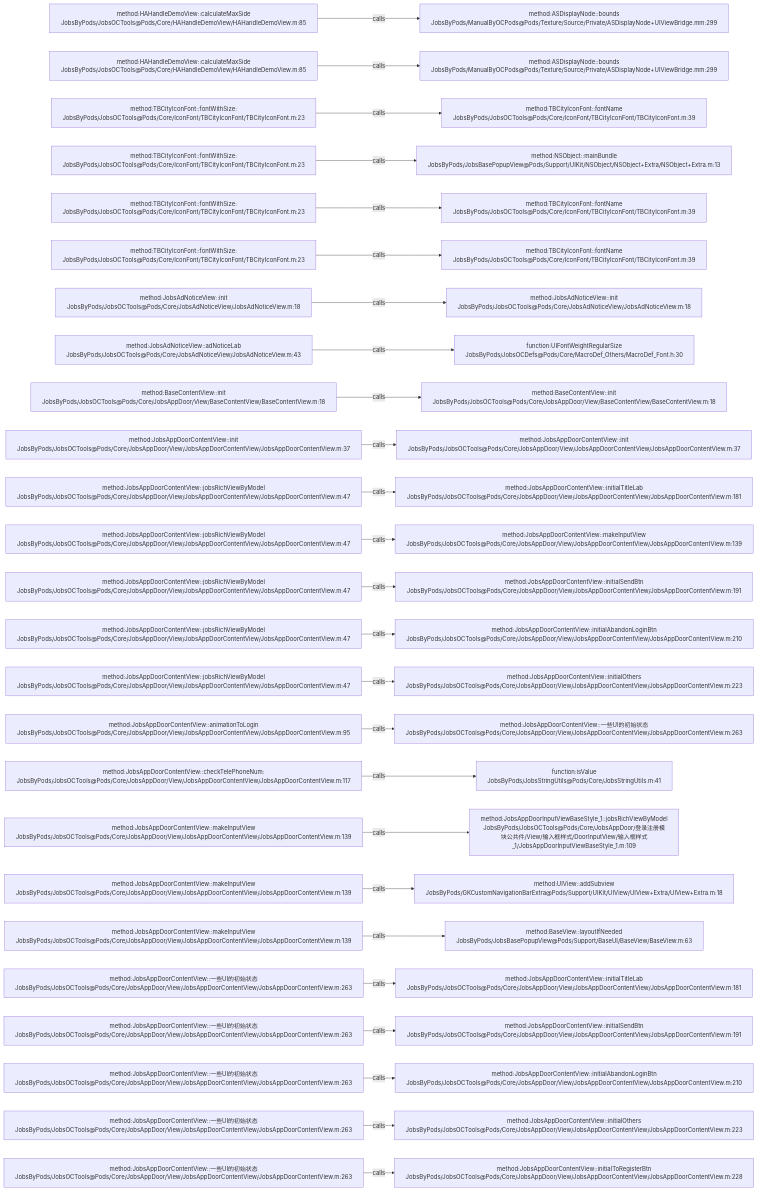
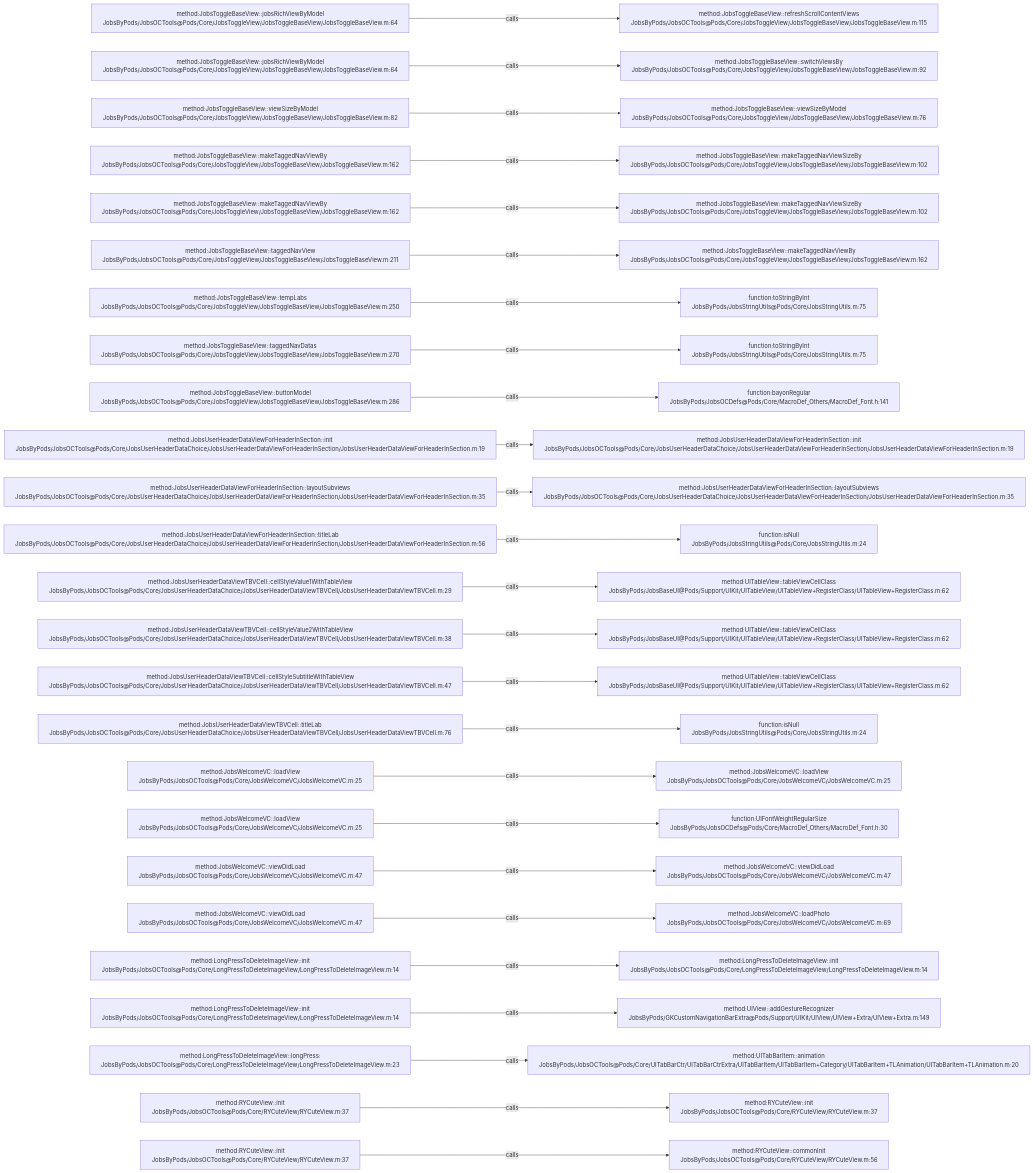
Before and after one commit to JobsKits/JobsOCBaseConfigDemo: the diagram in .codegraph/codegraph.md/graphs/calls-148.md, drawn with Mermaid. The commit also changed 639 other files, not shown here.

````diff
--- a/.codegraph/codegraph.md/graphs/calls-148.md
+++ b/.codegraph/codegraph.md/graphs/calls-148.md
@@ -13,78 +13,78 @@
 ```mermaid
 flowchart LR
-  S1["method:HAHandleDemoView::calculateMaxSide<br/>JobsByPods/JobsOCTools@Pods/Core/HAHandleDemoView/HAHandleDemoView.m:85"]
-  T1["method:ASDisplayNode::bounds<br/>JobsByPods/ManualByOCPods@Pods/Texture/Source/Private/ASDisplayNode+UIViewBridge.mm:299"]
+  S1["method:JobsToggleBaseView::jobsRichViewByModel<br/>JobsByPods/JobsOCTools@Pods/Core/JobsToggleView/JobsToggleBaseView/JobsToggleBaseView.m:64"]
+  T1["method:JobsToggleBaseView::refreshScrollContentViews<br/>JobsByPods/JobsOCTools@Pods/Core/JobsToggleView/JobsToggleBaseView/JobsToggleBaseView.m:115"]
   S1 -->|calls| T1
-  S2["method:HAHandleDemoView::calculateMaxSide<br/>JobsByPods/JobsOCTools@Pods/Core/HAHandleDemoView/HAHandleDemoView.m:85"]
-  T2["method:ASDisplayNode::bounds<br/>JobsByPods/ManualByOCPods@Pods/Texture/Source/Private/ASDisplayNode+UIViewBridge.mm:299"]
+  S2["method:JobsToggleBaseView::jobsRichViewByModel<br/>JobsByPods/JobsOCTools@Pods/Core/JobsToggleView/JobsToggleBaseView/JobsToggleBaseView.m:64"]
+  T2["method:JobsToggleBaseView::switchViewsBy<br/>JobsByPods/JobsOCTools@Pods/Core/JobsToggleView/JobsToggleBaseView/JobsToggleBaseView.m:92"]
   S2 -->|calls| T2
-  S3["method:TBCityIconFont::fontWithSize:<br/>JobsByPods/JobsOCTools@Pods/Core/IconFont/TBCityIconFont/TBCityIconFont.m:23"]
-  T3["method:TBCityIconFont::fontName<br/>JobsByPods/JobsOCTools@Pods/Core/IconFont/TBCityIconFont/TBCityIconFont.m:39"]
+  S3["method:JobsToggleBaseView::viewSizeByModel<br/>JobsByPods/JobsOCTools@Pods/Core/JobsToggleView/JobsToggleBaseView/JobsToggleBaseView.m:82"]
+  T3["method:JobsToggleBaseView::viewSizeByModel<br/>JobsByPods/JobsOCTools@Pods/Core/JobsToggleView/JobsToggleBaseView/JobsToggleBaseView.m:76"]
   S3 -->|calls| T3
-  S4["method:TBCityIconFont::fontWithSize:<br/>JobsByPods/JobsOCTools@Pods/Core/IconFont/TBCityIconFont/TBCityIconFont.m:23"]
-  T4["method:NSObject::mainBundle<br/>JobsByPods/JobsBasePopupView@Pods/Support/UIKit/NSObject/NSObject+Extra/NSObject+Extra.m:13"]
+  S4["method:JobsToggleBaseView::makeTaggedNavViewBy<br/>JobsByPods/JobsOCTools@Pods/Core/JobsToggleView/JobsToggleBaseView/JobsToggleBaseView.m:162"]
+  T4["method:JobsToggleBaseView::makeTaggedNavViewSizeBy<br/>JobsByPods/JobsOCTools@Pods/Core/JobsToggleView/JobsToggleBaseView/JobsToggleBaseView.m:102"]
   S4 -->|calls| T4
-  S5["method:TBCityIconFont::fontWithSize:<br/>JobsByPods/JobsOCTools@Pods/Core/IconFont/TBCityIconFont/TBCityIconFont.m:23"]
-  T5["method:TBCityIconFont::fontName<br/>JobsByPods/JobsOCTools@Pods/Core/IconFont/TBCityIconFont/TBCityIconFont.m:39"]
+  S5["method:JobsToggleBaseView::makeTaggedNavViewBy<br/>JobsByPods/JobsOCTools@Pods/Core/JobsToggleView/JobsToggleBaseView/JobsToggleBaseView.m:162"]
+  T5["method:JobsToggleBaseView::makeTaggedNavViewSizeBy<br/>JobsByPods/JobsOCTools@Pods/Core/JobsToggleView/JobsToggleBaseView/JobsToggleBaseView.m:102"]
   S5 -->|calls| T5
-  S6["method:TBCityIconFont::fontWithSize:<br/>JobsByPods/JobsOCTools@Pods/Core/IconFont/TBCityIconFont/TBCityIconFont.m:23"]
-  T6["method:TBCityIconFont::fontName<br/>JobsByPods/JobsOCTools@Pods/Core/IconFont/TBCityIconFont/TBCityIconFont.m:39"]
+  S6["method:JobsToggleBaseView::taggedNavView<br/>JobsByPods/JobsOCTools@Pods/Core/JobsToggleView/JobsToggleBaseView/JobsToggleBaseView.m:211"]
+  T6["method:JobsToggleBaseView::makeTaggedNavViewBy<br/>JobsByPods/JobsOCTools@Pods/Core/JobsToggleView/JobsToggleBaseView/JobsToggleBaseView.m:162"]
   S6 -->|calls| T6
-  S7["method:JobsAdNoticeView::init<br/>JobsByPods/JobsOCTools@Pods/Core/JobsAdNoticeView/JobsAdNoticeView.m:18"]
-  T7["method:JobsAdNoticeView::init<br/>JobsByPods/JobsOCTools@Pods/Core/JobsAdNoticeView/JobsAdNoticeView.m:18"]
+  S7["method:JobsToggleBaseView::tempLabs<br/>JobsByPods/JobsOCTools@Pods/Core/JobsToggleView/JobsToggleBaseView/JobsToggleBaseView.m:250"]
+  T7["function:toStringByInt<br/>JobsByPods/JobsStringUtils@Pods/Core/JobsStringUtils.m:75"]
   S7 -->|calls| T7
-  S8["method:JobsAdNoticeView::adNoticeLab<br/>JobsByPods/JobsOCTools@Pods/Core/JobsAdNoticeView/JobsAdNoticeView.m:43"]
-  T8["function:UIFontWeightRegularSize<br/>JobsByPods/JobsOCDefs@Pods/Core/MacroDef_Others/MacroDef_Font.h:30"]
+  S8["method:JobsToggleBaseView::taggedNavDatas<br/>JobsByPods/JobsOCTools@Pods/Core/JobsToggleView/JobsToggleBaseView/JobsToggleBaseView.m:270"]
+  T8["function:toStringByInt<br/>JobsByPods/JobsStringUtils@Pods/Core/JobsStringUtils.m:75"]
   S8 -->|calls| T8
-  S9["method:BaseContentView::init<br/>JobsByPods/JobsOCTools@Pods/Core/JobsAppDoor/View/BaseContentView/BaseContentView.m:18"]
-  T9["method:BaseContentView::init<br/>JobsByPods/JobsOCTools@Pods/Core/JobsAppDoor/View/BaseContentView/BaseContentView.m:18"]
+  S9["method:JobsToggleBaseView::buttonModel<br/>JobsByPods/JobsOCTools@Pods/Core/JobsToggleView/JobsToggleBaseView/JobsToggleBaseView.m:286"]
+  T9["function:bayonRegular<br/>JobsByPods/JobsOCDefs@Pods/Core/MacroDef_Others/MacroDef_Font.h:141"]
   S9 -->|calls| T9
-  S10["method:JobsAppDoorContentView::init<br/>JobsByPods/JobsOCTools@Pods/Core/JobsAppDoor/View/JobsAppDoorContentView/JobsAppDoorContentView.m:37"]
-  T10["method:JobsAppDoorContentView::init<br/>JobsByPods/JobsOCTools@Pods/Core/JobsAppDoor/View/JobsAppDoorContentView/JobsAppDoorContentView.m:37"]
+  S10["method:JobsUserHeaderDataViewForHeaderInSection::init<br/>JobsByPods/JobsOCTools@Pods/Core/JobsUserHeaderDataChoice/JobsUserHeaderDataViewForHeaderInSection/JobsUserHeaderDataViewForHeaderInSection.m:19"]
+  T10["method:JobsUserHeaderDataViewForHeaderInSection::init<br/>JobsByPods/JobsOCTools@Pods/Core/JobsUserHeaderDataChoice/JobsUserHeaderDataViewForHeaderInSection/JobsUserHeaderDataViewForHeaderInSection.m:19"]
   S10 -->|calls| T10
-  S11["method:JobsAppDoorContentView::jobsRichViewByModel<br/>JobsByPods/JobsOCTools@Pods/Core/JobsAppDoor/View/JobsAppDoorContentView/JobsAppDoorContentView.m:47"]
-  T11["method:JobsAppDoorContentView::initialTitleLab<br/>JobsByPods/JobsOCTools@Pods/Core/JobsAppDoor/View/JobsAppDoorContentView/JobsAppDoorContentView.m:181"]
+  S11["method:JobsUserHeaderDataViewForHeaderInSection::layoutSubviews<br/>JobsByPods/JobsOCTools@Pods/Core/JobsUserHeaderDataChoice/JobsUserHeaderDataViewForHeaderInSection/JobsUserHeaderDataViewForHeaderInSection.m:35"]
+  T11["method:JobsUserHeaderDataViewForHeaderInSection::layoutSubviews<br/>JobsByPods/JobsOCTools@Pods/Core/JobsUserHeaderDataChoice/JobsUserHeaderDataViewForHeaderInSection/JobsUserHeaderDataViewForHeaderInSection.m:35"]
   S11 -->|calls| T11
-  S12["method:JobsAppDoorContentView::jobsRichViewByModel<br/>JobsByPods/JobsOCTools@Pods/Core/JobsAppDoor/View/JobsAppDoorContentView/JobsAppDoorContentView.m:47"]
-  T12["method:JobsAppDoorContentView::makeInputView<br/>JobsByPods/JobsOCTools@Pods/Core/JobsAppDoor/View/JobsAppDoorContentView/JobsAppDoorContentView.m:139"]
+  S12["method:JobsUserHeaderDataViewForHeaderInSection::titleLab<br/>JobsByPods/JobsOCTools@Pods/Core/JobsUserHeaderDataChoice/JobsUserHeaderDataViewForHeaderInSection/JobsUserHeaderDataViewForHeaderInSection.m:56"]
+  T12["function:isNull<br/>JobsByPods/JobsStringUtils@Pods/Core/JobsStringUtils.m:24"]
   S12 -->|calls| T12
-  S13["method:JobsAppDoorContentView::jobsRichViewByModel<br/>JobsByPods/JobsOCTools@Pods/Core/JobsAppDoor/View/JobsAppDoorContentView/JobsAppDoorContentView.m:47"]
-  T13["method:JobsAppDoorContentView::initialSendBtn<br/>JobsByPods/JobsOCTools@Pods/Core/JobsAppDoor/View/JobsAppDoorContentView/JobsAppDoorContentView.m:191"]
+  S13["method:JobsUserHeaderDataViewTBVCell::cellStyleValue1WithTableView<br/>JobsByPods/JobsOCTools@Pods/Core/JobsUserHeaderDataChoice/JobsUserHeaderDataViewTBVCell/JobsUserHeaderDataViewTBVCell.m:29"]
+  T13["method:UITableView::tableViewCellClass<br/>JobsByPods/JobsBaseUI@Pods/Support/UIKit/UITableView/UITableView+RegisterClass/UITableView+RegisterClass.m:62"]
   S13 -->|calls| T13
-  S14["method:JobsAppDoorContentView::jobsRichViewByModel<br/>JobsByPods/JobsOCTools@Pods/Core/JobsAppDoor/View/JobsAppDoorContentView/JobsAppDoorContentView.m:47"]
-  T14["method:JobsAppDoorContentView::initialAbandonLoginBtn<br/>JobsByPods/JobsOCTools@Pods/Core/JobsAppDoor/View/JobsAppDoorContentView/JobsAppDoorContentView.m:210"]
+  S14["method:JobsUserHeaderDataViewTBVCell::cellStyleValue2WithTableView<br/>JobsByPods/JobsOCTools@Pods/Core/JobsUserHeaderDataChoice/JobsUserHeaderDataViewTBVCell/JobsUserHeaderDataViewTBVCell.m:38"]
+  T14["method:UITableView::tableViewCellClass<br/>JobsByPods/JobsBaseUI@Pods/Support/UIKit/UITableView/UITableView+RegisterClass/UITableView+RegisterClass.m:62"]
   S14 -->|calls| T14
-  S15["method:JobsAppDoorContentView::jobsRichViewByModel<br/>JobsByPods/JobsOCTools@Pods/Core/JobsAppDoor/View/JobsAppDoorContentView/JobsAppDoorContentView.m:47"]
-  T15["method:JobsAppDoorContentView::initialOthers<br/>JobsByPods/JobsOCTools@Pods/Core/JobsAppDoor/View/JobsAppDoorContentView/JobsAppDoorContentView.m:223"]
+  S15["method:JobsUserHeaderDataViewTBVCell::cellStyleSubtitleWithTableView<br/>JobsByPods/JobsOCTools@Pods/Core/JobsUserHeaderDataChoice/JobsUserHeaderDataViewTBVCell/JobsUserHeaderDataViewTBVCell.m:47"]
+  T15["method:UITableView::tableViewCellClass<br/>JobsByPods/JobsBaseUI@Pods/Support/UIKit/UITableView/UITableView+RegisterClass/UITableView+RegisterClass.m:62"]
   S15 -->|calls| T15
-  S16["method:JobsAppDoorContentView::animationToLogin<br/>JobsByPods/JobsOCTools@Pods/Core/JobsAppDoor/View/JobsAppDoorContentView/JobsAppDoorContentView.m:95"]
-  T16["method:JobsAppDoorContentView::一些UI的初始状态<br/>JobsByPods/JobsOCTools@Pods/Core/JobsAppDoor/View/JobsAppDoorContentView/JobsAppDoorContentView.m:263"]
+  S16["method:JobsUserHeaderDataViewTBVCell::titleLab<br/>JobsByPods/JobsOCTools@Pods/Core/JobsUserHeaderDataChoice/JobsUserHeaderDataViewTBVCell/JobsUserHeaderDataViewTBVCell.m:76"]
+  T16["function:isNull<br/>JobsByPods/JobsStringUtils@Pods/Core/JobsStringUtils.m:24"]
   S16 -->|calls| T16
-  S17["method:JobsAppDoorContentView::checkTelePhoneNum:<br/>JobsByPods/JobsOCTools@Pods/Core/JobsAppDoor/View/JobsAppDoorContentView/JobsAppDoorContentView.m:117"]
-  T17["function:isValue<br/>JobsByPods/JobsStringUtils@Pods/Core/JobsStringUtils.m:41"]
+  S17["method:JobsWelcomeVC::loadView<br/>JobsByPods/JobsOCTools@Pods/Core/JobsWelcomeVC/JobsWelcomeVC.m:25"]
+  T17["method:JobsWelcomeVC::loadView<br/>JobsByPods/JobsOCTools@Pods/Core/JobsWelcomeVC/JobsWelcomeVC.m:25"]
   S17 -->|calls| T17
-  S18["method:JobsAppDoorContentView::makeInputView<br/>JobsByPods/JobsOCTools@Pods/Core/JobsAppDoor/View/JobsAppDoorContentView/JobsAppDoorContentView.m:139"]
-  T18["method:JobsAppDoorInputViewBaseStyle_1::jobsRichViewByModel<br/>JobsByPods/JobsOCTools@Pods/Core/JobsAppDoor/登录注册模块公共件/View/输入框样式/DoorInputView/输入框样式_1/JobsAppDoorInputViewBaseStyle_1.m:109"]
+  S18["method:JobsWelcomeVC::loadView<br/>JobsByPods/JobsOCTools@Pods/Core/JobsWelcomeVC/JobsWelcomeVC.m:25"]
+  T18["function:UIFontWeightRegularSize<br/>JobsByPods/JobsOCDefs@Pods/Core/MacroDef_Others/MacroDef_Font.h:30"]
   S18 -->|calls| T18
-  S19["method:JobsAppDoorContentView::makeInputView<br/>JobsByPods/JobsOCTools@Pods/Core/JobsAppDoor/View/JobsAppDoorContentView/JobsAppDoorContentView.m:139"]
-  T19["method:UIView::addSubview<br/>JobsByPods/GKCustomNavigationBarExtra@Pods/Support/UIKit/UIView/UIView+Extra/UIView+Extra.m:18"]
+  S19["method:JobsWelcomeVC::viewDidLoad<br/>JobsByPods/JobsOCTools@Pods/Core/JobsWelcomeVC/JobsWelcomeVC.m:47"]
+  T19["method:JobsWelcomeVC::viewDidLoad<br/>JobsByPods/JobsOCTools@Pods/Core/JobsWelcomeVC/JobsWelcomeVC.m:47"]
   S19 -->|calls| T19
-  S20["method:JobsAppDoorContentView::makeInputView<br/>JobsByPods/JobsOCTools@Pods/Core/JobsAppDoor/View/JobsAppDoorContentView/JobsAppDoorContentView.m:139"]
-  T20["method:BaseView::layoutIfNeeded<br/>JobsByPods/JobsBasePopupView@Pods/Support/BaseUI/BaseView/BaseView.m:63"]
+  S20["method:JobsWelcomeVC::viewDidLoad<br/>JobsByPods/JobsOCTools@Pods/Core/JobsWelcomeVC/JobsWelcomeVC.m:47"]
+  T20["method:JobsWelcomeVC::loadPhoto<br/>JobsByPods/JobsOCTools@Pods/Core/JobsWelcomeVC/JobsWelcomeVC.m:69"]
   S20 -->|calls| T20
-  S21["method:JobsAppDoorContentView::一些UI的初始状态<br/>JobsByPods/JobsOCTools@Pods/Core/JobsAppDoor/View/JobsAppDoorContentView/JobsAppDoorContentView.m:263"]
-  T21["method:JobsAppDoorContentView::initialTitleLab<br/>JobsByPods/JobsOCTools@Pods/Core/JobsAppDoor/View/JobsAppDoorContentView/JobsAppDoorContentView.m:181"]
+  S21["method:LongPressToDeleteImageView::init<br/>JobsByPods/JobsOCTools@Pods/Core/LongPressToDeleteImageView/LongPressToDeleteImageView.m:14"]
+  T21["method:LongPressToDeleteImageView::init<br/>JobsByPods/JobsOCTools@Pods/Core/LongPressToDeleteImageView/LongPressToDeleteImageView.m:14"]
   S21 -->|calls| T21
-  S22["method:JobsAppDoorContentView::一些UI的初始状态<br/>JobsByPods/JobsOCTools@Pods/Core/JobsAppDoor/View/JobsAppDoorContentView/JobsAppDoorContentView.m:263"]
-  T22["method:JobsAppDoorContentView::initialSendBtn<br/>JobsByPods/JobsOCTools@Pods/Core/JobsAppDoor/View/JobsAppDoorContentView/JobsAppDoorContentView.m:191"]
+  S22["method:LongPressToDeleteImageView::init<br/>JobsByPods/JobsOCTools@Pods/Core/LongPressToDeleteImageView/LongPressToDeleteImageView.m:14"]
+  T22["method:UIView::addGestureRecognizer<br/>JobsByPods/GKCustomNavigationBarExtra@Pods/Support/UIKit/UIView/UIView+Extra/UIView+Extra.m:149"]
   S22 -->|calls| T22
-  S23["method:JobsAppDoorContentView::一些UI的初始状态<br/>JobsByPods/JobsOCTools@Pods/Core/JobsAppDoor/View/JobsAppDoorContentView/JobsAppDoorContentView.m:263"]
-  T23["method:JobsAppDoorContentView::initialAbandonLoginBtn<br/>JobsByPods/JobsOCTools@Pods/Core/JobsAppDoor/View/JobsAppDoorContentView/JobsAppDoorContentView.m:210"]
+  S23["method:LongPressToDeleteImageView::longPress:<br/>JobsByPods/JobsOCTools@Pods/Core/LongPressToDeleteImageView/LongPressToDeleteImageView.m:23"]
+  T23["method:UITabBarItem::animation<br/>JobsByPods/JobsOCTools@Pods/Core/UITabBarCtr/UITabBarCtrExtra/UITabBarItem/UITabBarItem+Category/UITabBarItem+TLAnimation/UITabBarItem+TLAnimation.m:20"]
   S23 -->|calls| T23
-  S24["method:JobsAppDoorContentView::一些UI的初始状态<br/>JobsByPods/JobsOCTools@Pods/Core/JobsAppDoor/View/JobsAppDoorContentView/JobsAppDoorContentView.m:263"]
-  T24["method:JobsAppDoorContentView::initialOthers<br/>JobsByPods/JobsOCTools@Pods/Core/JobsAppDoor/View/JobsAppDoorContentView/JobsAppDoorContentView.m:223"]
+  S24["method:RYCuteView::init<br/>JobsByPods/JobsOCTools@Pods/Core/RYCuteView/RYCuteView.m:37"]
+  T24["method:RYCuteView::init<br/>JobsByPods/JobsOCTools@Pods/Core/RYCuteView/RYCuteView.m:37"]
   S24 -->|calls| T24
-  S25["method:JobsAppDoorContentView::一些UI的初始状态<br/>JobsByPods/JobsOCTools@Pods/Core/JobsAppDoor/View/JobsAppDoorContentView/JobsAppDoorContentView.m:263"]
-  T25["method:JobsAppDoorContentView::initialToRegisterBtn<br/>JobsByPods/JobsOCTools@Pods/Core/JobsAppDoor/View/JobsAppDoorContentView/JobsAppDoorContentView.m:228"]
+  S25["method:RYCuteView::init<br/>JobsByPods/JobsOCTools@Pods/Core/RYCuteView/RYCuteView.m:37"]
+  T25["method:RYCuteView::commonInit<br/>JobsByPods/JobsOCTools@Pods/Core/RYCuteView/RYCuteView.m:56"]
   S25 -->|calls| T25
 ```
````
